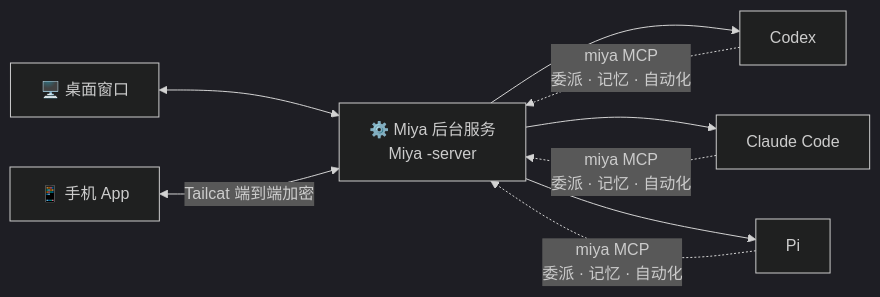
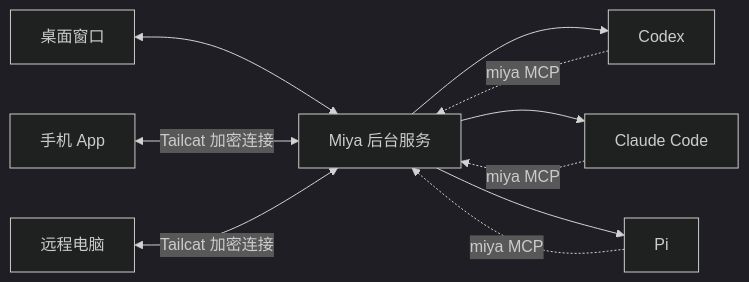
One commit to daodao97/miya changed the diagram in README.md. Above: the diagram before and after it, drawn with Mermaid (dark theme). The commit also changed other lines of this file, not shown here.

````diff
--- a/README.md
+++ b/README.md
@@ -109,9 +160,10 @@
 ```mermaid
 flowchart LR
-    Desktop["🖥️ 桌面窗口"] <--> Server
-    Phone["📱 手机 App"] <-- "Tailcat 端到端加密" --> Server
-    Server["⚙️ Miya 后台服务<br/>Miya -server"] --> Codex[Codex]
-    Server --> Claude[Claude Code]
-    Server --> Pi[Pi]
-    Codex & Claude & Pi -. "miya MCP<br/>委派 · 记忆 · 自动化" .-> Server
+    Desktop[桌面窗口] <--> Service[Miya 后台服务]
+    Mobile[手机 App] <-->|Tailcat 加密连接| Service
+    Remote[远程电脑] <-->|Tailcat 加密连接| Service
+    Service --> Codex[Codex]
+    Service --> Claude[Claude Code]
+    Service --> Pi[Pi]
+    Codex & Claude & Pi -. miya MCP .-> Service
 ```
````
